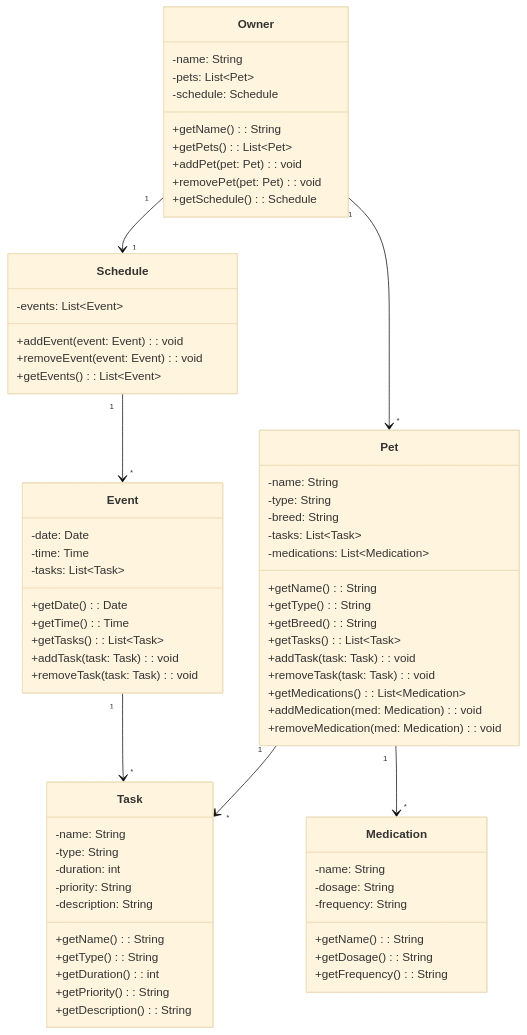
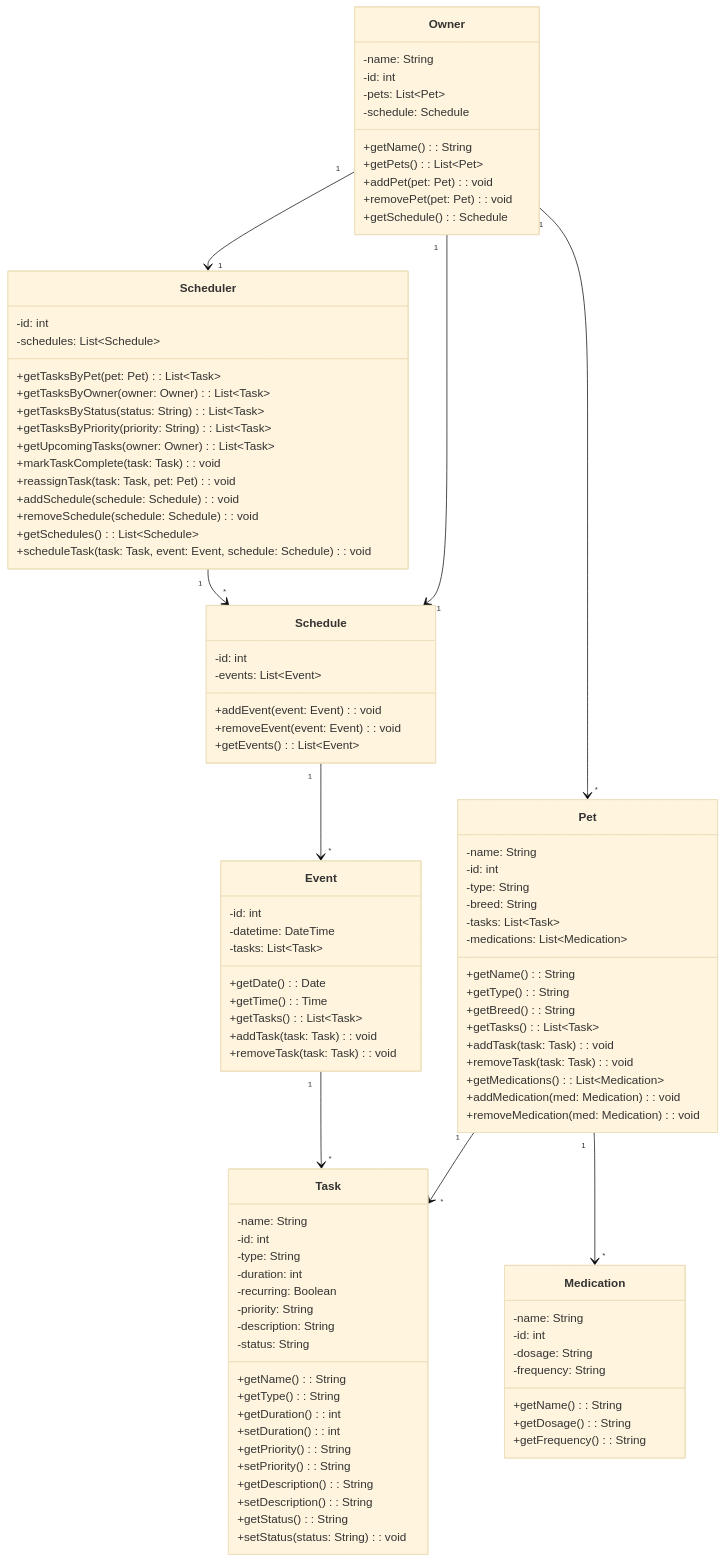
The diagram in uml_diagram.md (craigdmileham/ai110-module2show-pawpal-starter), drawn with Mermaid (base theme) before and after one commit. The commit also changed other lines of this file and 2 other files, not shown here.

Commit message:
Added new UML diagram to layout the core functionality of PawPal+

````diff
--- a/uml_diagram.md
+++ b/uml_diagram.md
@@ -4,6 +4,7 @@
 classDiagram
     class Owner {
         -name: String
+        -id: int
         -pets: List~Pet~
         -schedule: Schedule
         +getName(): String
@@ -15,6 +16,7 @@
 
     class Pet {
         -name: String
+        -id: int
         -type: String
         -breed: String
         -tasks: List~Task~
@@ -32,19 +34,28 @@
 
     class Task {
         -name: String
+        -id: int
         -type: String
         -duration: int
+        -recurring: Boolean
         -priority: String
         -description: String
+        -status: String
         +getName(): String
         +getType(): String
         +getDuration(): int
+        +setDuration(): int
         +getPriority(): String
+        +setPriority(): String
         +getDescription(): String
+        +setDescription(): String
+        +getStatus(): String
+        +setStatus(status: String): void
     }
 
     class Medication {
         -name: String
+        -id: int
         -dosage: String
         -frequency: String
         +getName(): String
@@ -53,6 +64,7 @@
     }
 
     class Schedule {
+        -id: int
         -events: List~Event~
         +addEvent(event: Event): void
         +removeEvent(event: Event): void
@@ -60,8 +72,8 @@
     }
 
     class Event {
-        -date: Date
-        -time: Time
+        -id: int
+        -datetime: DateTime
         -tasks: List~Task~
         +getDate(): Date
         +getTime(): Time
@@ -70,10 +82,28 @@
         +removeTask(task: Task): void
     }
 
+    class Scheduler {
+        -id: int
+        -schedules: List~Schedule~
+        +getTasksByPet(pet: Pet): List~Task~
+        +getTasksByOwner(owner: Owner): List~Task~
+        +getTasksByStatus(status: String): List~Task~
+        +getTasksByPriority(priority: String): List~Task~
+        +getUpcomingTasks(owner: Owner): List~Task~
+        +markTaskComplete(task: Task): void
+        +reassignTask(task: Task, pet: Pet): void
+        +addSchedule(schedule: Schedule): void
+        +removeSchedule(schedule: Schedule): void
+        +getSchedules(): List~Schedule~
+        +scheduleTask(task: Task, event: Event, schedule: Schedule): void
+    }
+
     Owner "1" --> "*" Pet
     Pet "1" --> "*" Task
     Pet "1" --> "*" Medication
     Owner "1" --> "1" Schedule
     Schedule "1" --> "*" Event
     Event "1" --> "*" Task
+    Owner "1" --> "1" Scheduler
+    Scheduler "1" --> "*" Schedule
 ```
````
